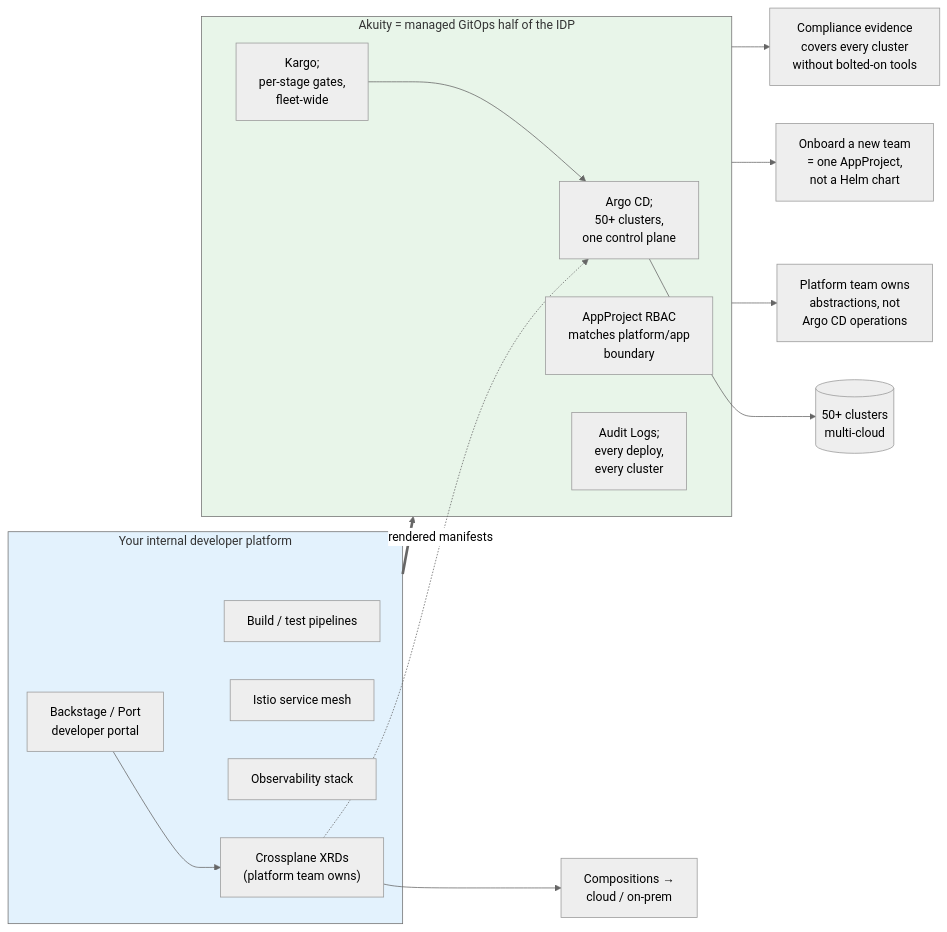
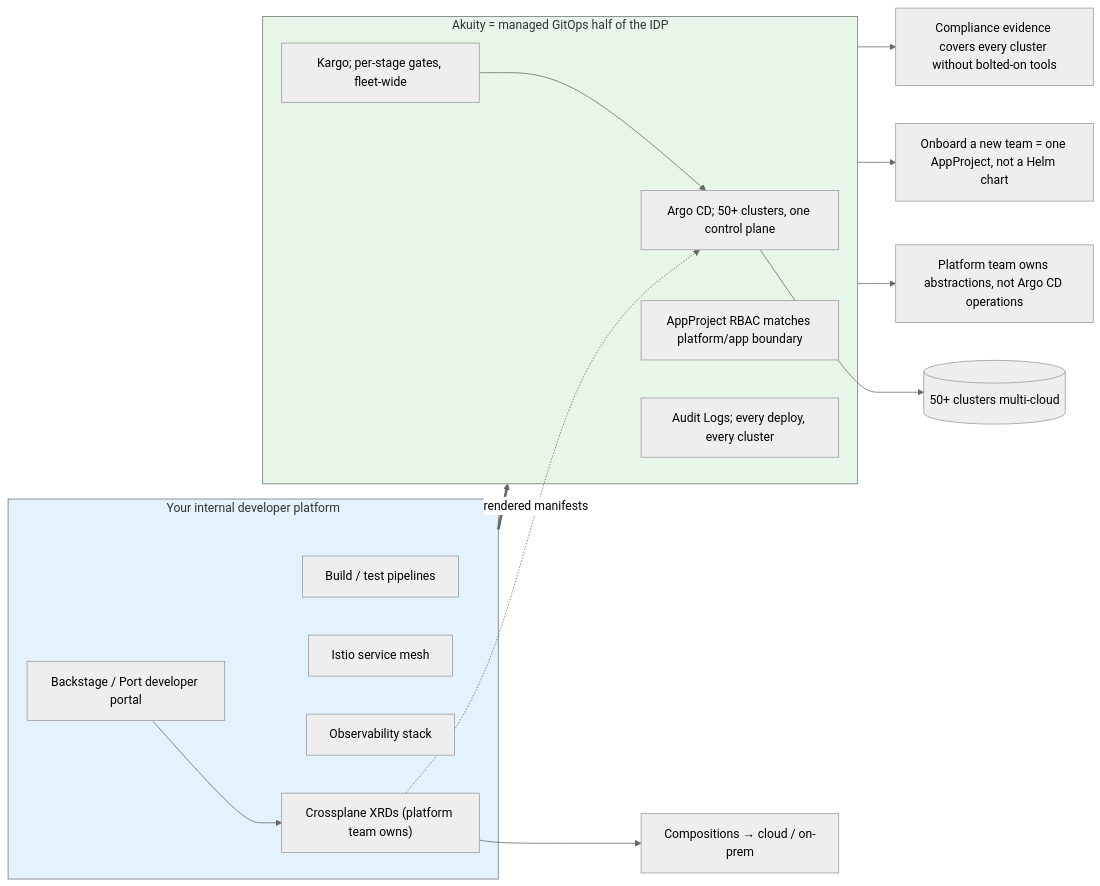
One commit to Cliftonz/akuity-deployment-examples changed the eighth of 10 diagrams in docs/diagrams.md. Above: the diagram before and after it, drawn with Mermaid (neutral theme). The commit also changed other lines of this file, not shown here.

Commit message:
docs/diagrams: drop <br/> tags from mermaid node labels

````diff
--- a/docs/diagrams.md
+++ b/docs/diagrams.md
@@ -241,33 +241,33 @@
 ```mermaid
 flowchart LR
     subgraph IDP["Your internal developer platform"]
-        Portal["Backstage / Port<br/>developer portal"]
-        XRDs["Crossplane XRDs<br/>(platform team owns)"]
+        Portal["Backstage / Port developer portal"]
+        XRDs["Crossplane XRDs (platform team owns)"]
         CICD["Build / test pipelines"]
         IstioMesh["Istio service mesh"]
         Obs["Observability stack"]
     end
 
     Portal --> XRDs
-    XRDs --> Compose["Compositions →<br/>cloud / on-prem"]
+    XRDs --> Compose["Compositions → cloud / on-prem"]
 
     subgraph Akuity["Akuity = managed GitOps half of the IDP"]
-        ArgoFleet["Argo CD;<br/>50+ clusters,<br/>one control plane"]
-        KargoFleet["Kargo;<br/>per-stage gates,<br/>fleet-wide"]
-        RBAC["AppProject RBAC<br/>matches platform/app<br/>boundary"]
-        AuditEnt["Audit Logs;<br/>every deploy,<br/>every cluster"]
+        ArgoFleet["Argo CD; 50+ clusters, one control plane"]
+        KargoFleet["Kargo; per-stage gates, fleet-wide"]
+        RBAC["AppProject RBAC matches platform/app boundary"]
+        AuditEnt["Audit Logs; every deploy, every cluster"]
     end
 
     XRDs -.->|"rendered manifests"| ArgoFleet
     KargoFleet --> ArgoFleet
-    ArgoFleet --> Fleet[("50+ clusters<br/>multi-cloud")]
+    ArgoFleet --> Fleet[("50+ clusters multi-cloud")]
 
     IDP ==> Akuity
 
-    Akuity --> Out1["Platform team owns<br/>abstractions, not<br/>Argo CD operations"]
-    Akuity --> Out2["Onboard a new team<br/>= one AppProject,<br/>not a Helm chart"]
-    Akuity --> Out3["Compliance evidence<br/>covers every cluster<br/>without bolted-on tools"]
+    Akuity --> Out1["Platform team owns abstractions, not Argo CD operations"]
+    Akuity --> Out2["Onboard a new team = one AppProject, not a Helm chart"]
+    Akuity --> Out3["Compliance evidence covers every cluster without bolted-on tools"]
 
     style IDP fill:#e3f2fd
     style Akuity fill:#e8f5e9
 ```
````
